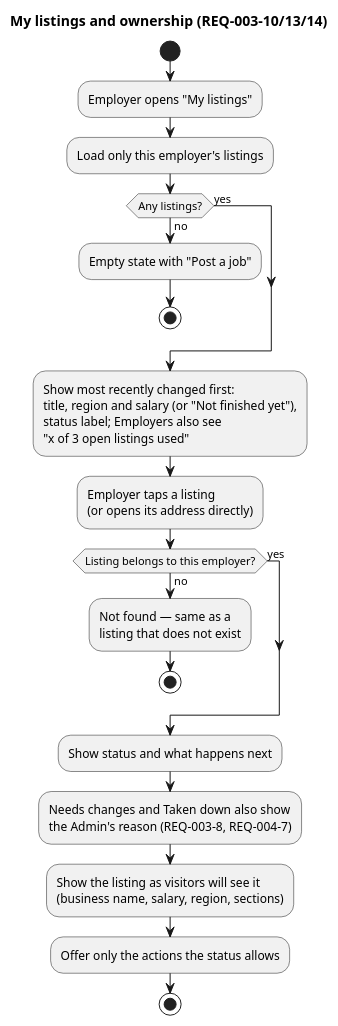
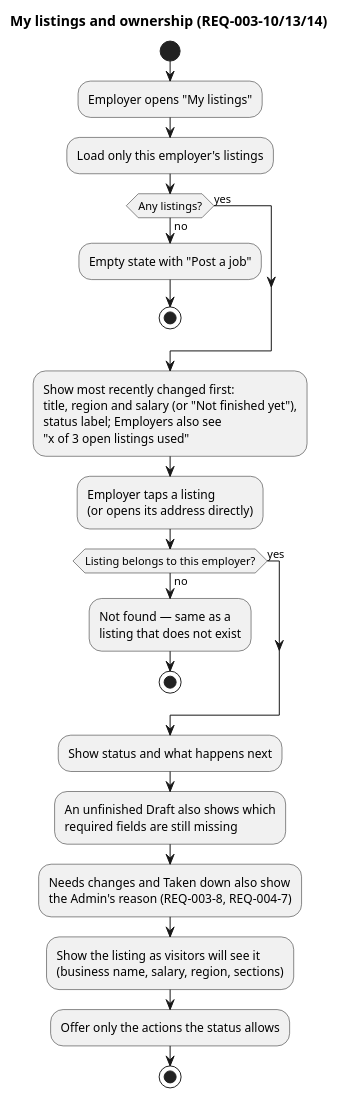
The diagram in docs/specs/003-listings-employer-posting/diagrams/activity-my-listings.puml (raseniero/jairojobs-elixir), drawn with PlantUML before and after one commit. The commit also changed 12 other files, not shown here.

Commit message:
docs(spec 003): diagrams draw what the requirements already said; Closed and Taken down are final for everyone

```diff
--- a/docs/specs/003-listings-employer-posting/diagrams/activity-my-listings.puml
+++ b/docs/specs/003-listings-employer-posting/diagrams/activity-my-listings.puml
@@ -1,32 +1,34 @@
 @startuml activity-my-listings
 ' Spec 003 — the employer's own list, the owner view, and ownership (REQ-003-10, -13, -14)
 title My listings and ownership (REQ-003-10/13/14)
 
 start
 :Employer opens "My listings";
 :Load only this employer's listings;
 if (Any listings?) then (no)
   :Empty state with "Post a job";
   stop
 else (yes)
 endif
 :Show most recently changed first:
 title, region and salary (or "Not finished yet"),
 status label; Employers also see
 "x of 3 open listings used";
 :Employer taps a listing
 (or opens its address directly);
 if (Listing belongs to this employer?) then (no)
   :Not found — same as a
   listing that does not exist;
   stop
 else (yes)
 endif
 :Show status and what happens next;
+:An unfinished Draft also shows which
+required fields are still missing;
 :Needs changes and Taken down also show
 the Admin's reason (REQ-003-8, REQ-004-7);
 :Show the listing as visitors will see it
 (business name, salary, region, sections);
 :Offer only the actions the status allows;
 stop
 @enduml
```
